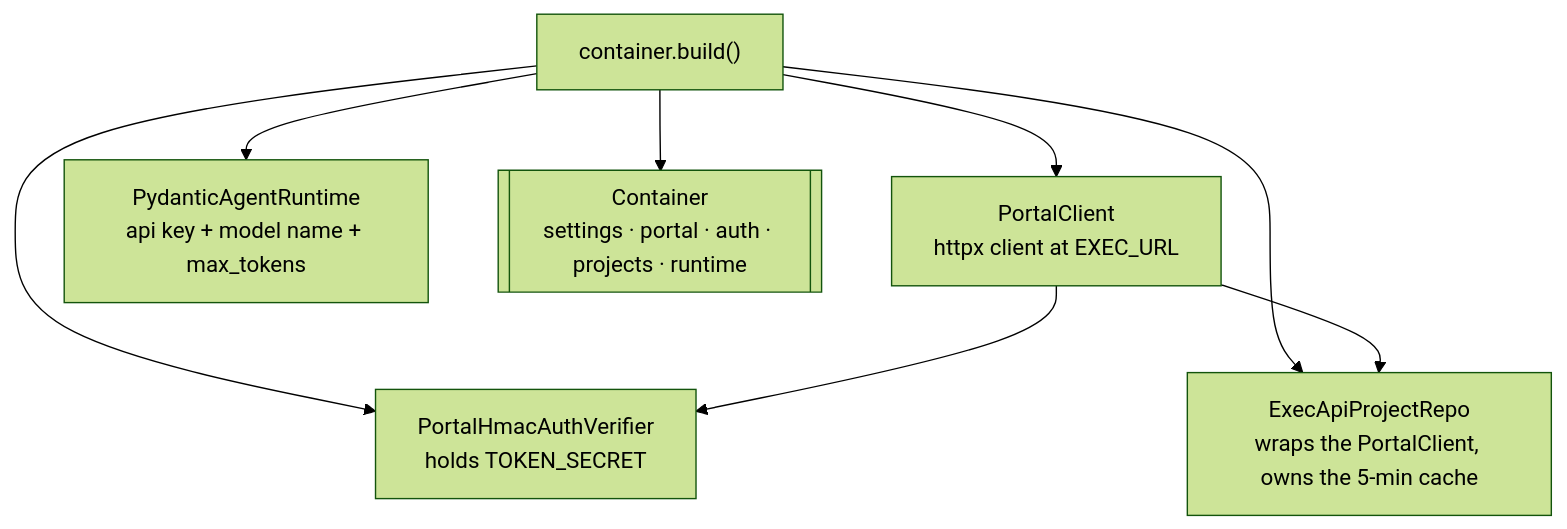
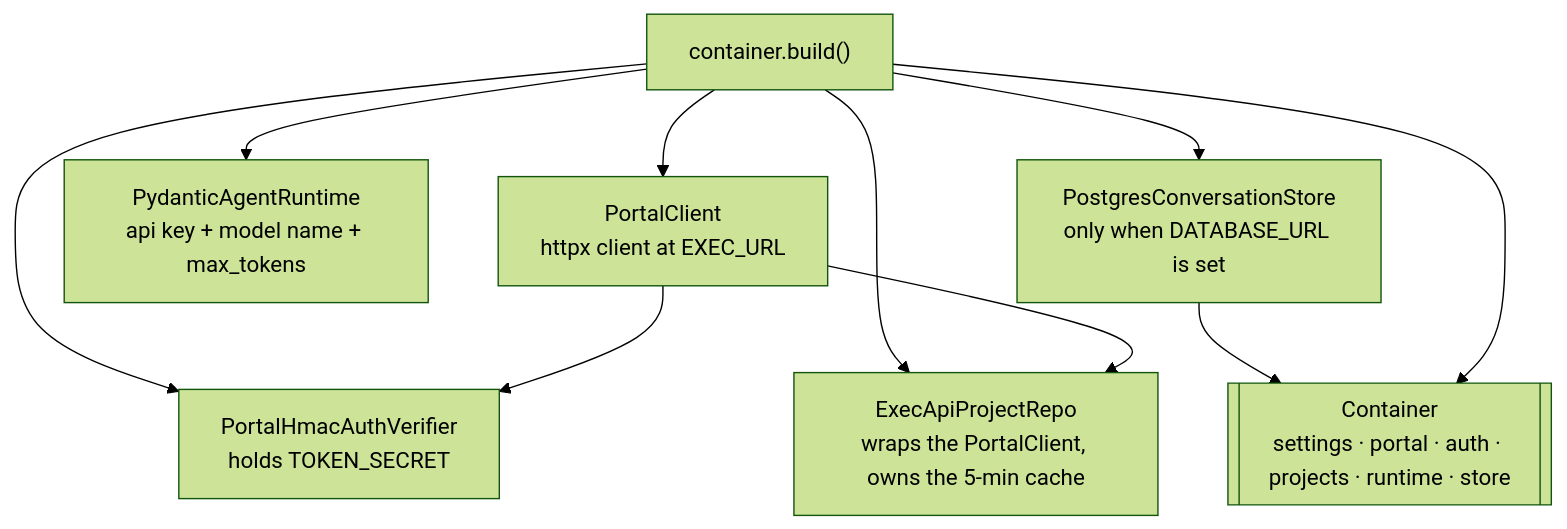
Before and after one commit to aurakeyrealty/Realtor-Portal: the first of 6 diagrams in docs/aura-chat/the-agent.md, drawn with Mermaid (forest theme). The commit also changed other lines of this file and 10 other files, not shown here.

````diff
--- a/docs/aura-chat/the-agent.md
+++ b/docs/aura-chat/the-agent.md
@@ -30,10 +32,12 @@
 ```mermaid
 flowchart TD
     S["container.build()"] --> P["PortalClient<br/>httpx client at EXEC_URL"]
     S --> A["PortalHmacAuthVerifier<br/>holds TOKEN_SECRET"]
     S --> R["ExecApiProjectRepo<br/>wraps the PortalClient, owns the 5-min cache"]
     S --> RT["PydanticAgentRuntime<br/>api key + model name + max_tokens"]
+    S --> ST["PostgresConversationStore<br/>only when DATABASE_URL is set"]
     P --> A
     P --> R
-    S --> C[["Container<br/>settings · portal · auth · projects · runtime"]]
+    ST --> C
+    S --> C[["Container<br/>settings · portal · auth · projects · runtime · store"]]
 ```
````
